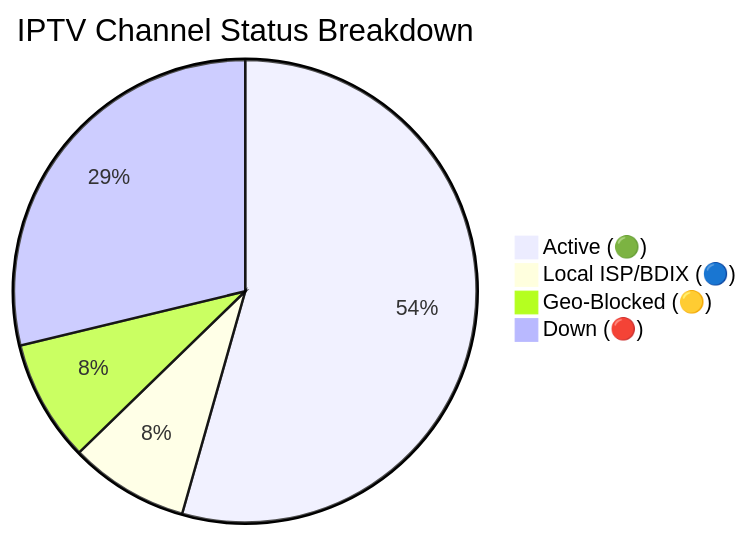
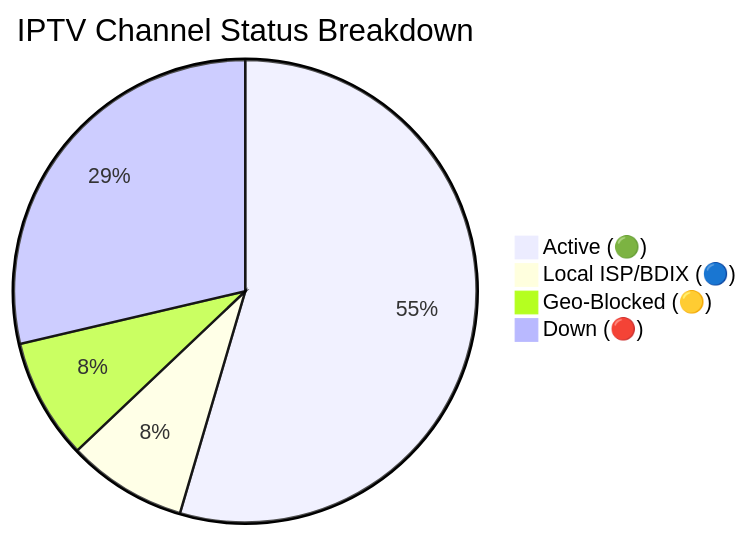
The diagram in README.md (Zaman-Topu/Ip-tv-Collection), drawn with Mermaid before and after one commit. The commit also changed other lines of this file and 6 other files, not shown here.

````diff
--- a/README.md
+++ b/README.md
@@ -149,7 +149,7 @@
 ```mermaid
 pie title IPTV Channel Status Breakdown
-    "Active (🟢)" : 10529
-    "Local ISP/BDIX (🔵)" : 1614
-    "Geo-Blocked (🟡)" : 1643
-    "Down (🔴)" : 5569
+    "Active (🟢)" : 10543
+    "Local ISP/BDIX (🔵)" : 1618
+    "Geo-Blocked (🟡)" : 1627
+    "Down (🔴)" : 5538
 ```
````
